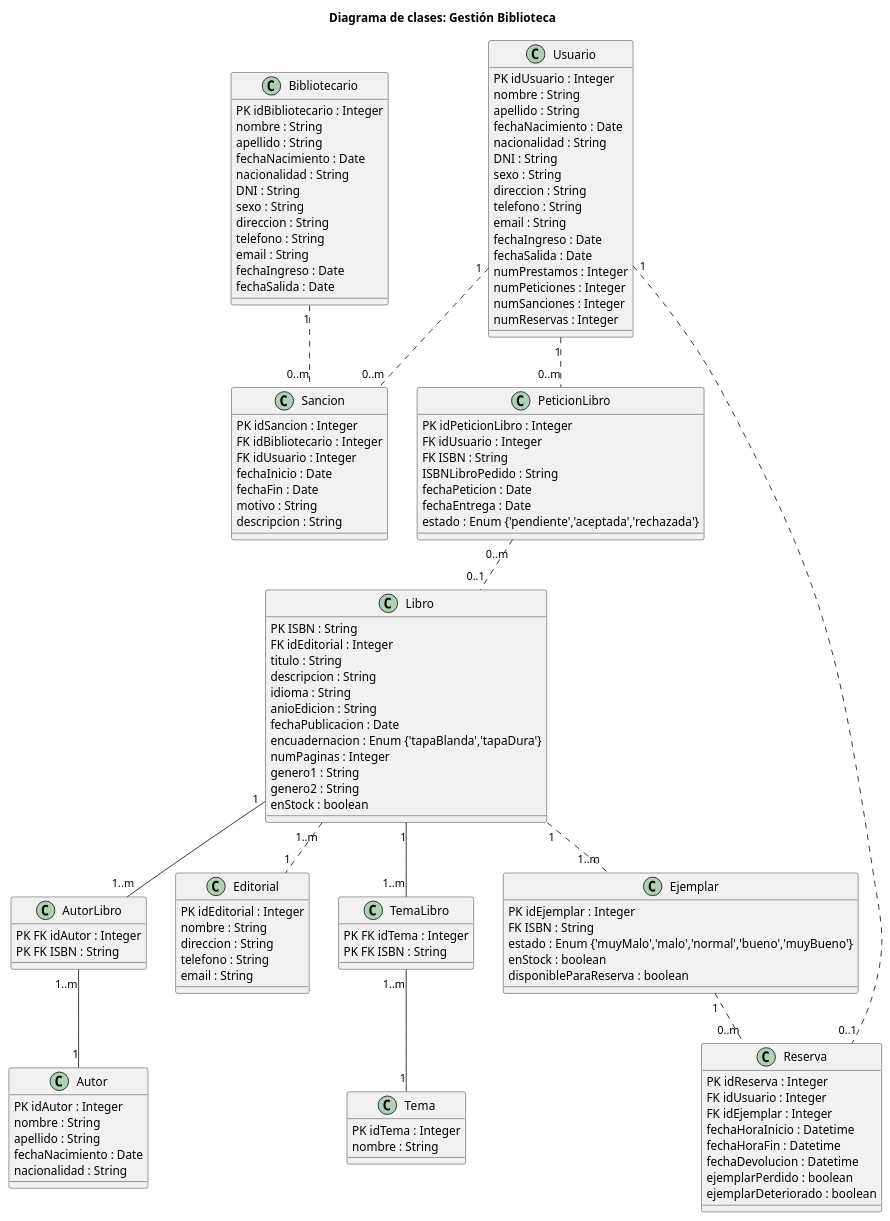
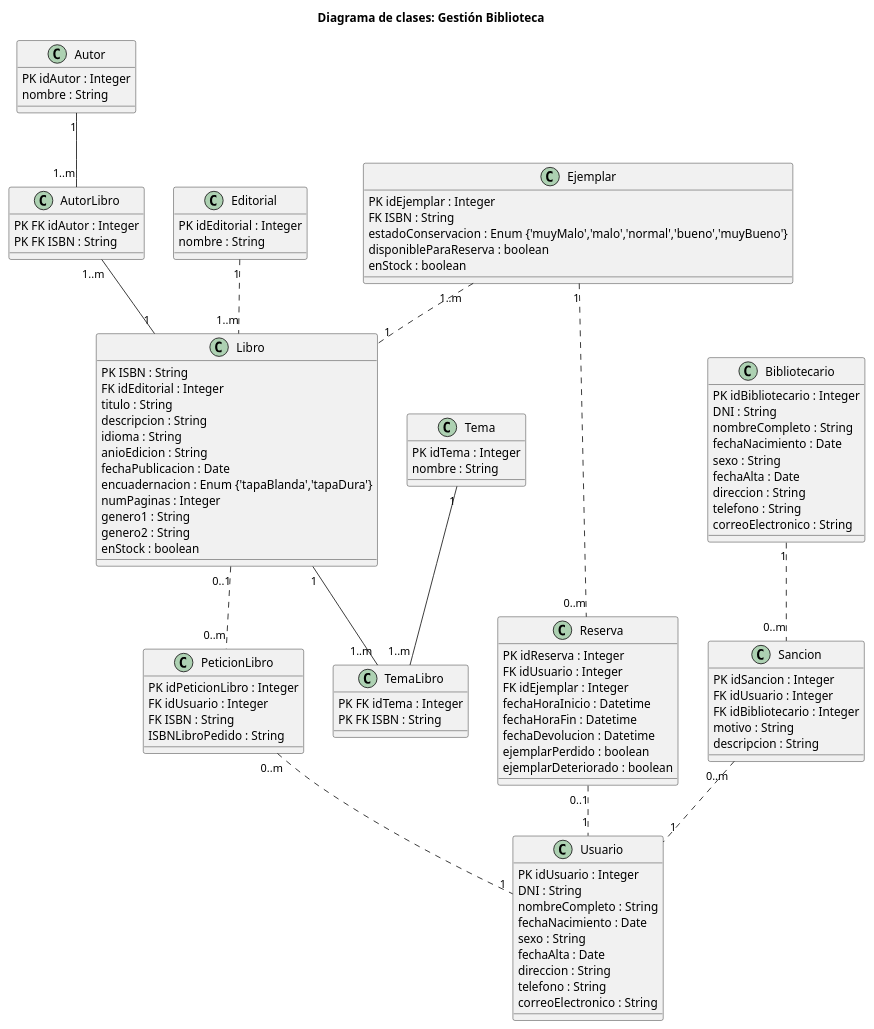
Before and after one commit to emg842/INRE-UAL-ROJO-2022: the diagram in extras/extras_Grupales/src/DC_gestion_biblioteca.puml, drawn with PlantUML. The commit also changed 1 other file, not shown here.

```diff
--- a/extras/extras_Grupales/src/DC_gestion_biblioteca.puml
+++ b/extras/extras_Grupales/src/DC_gestion_biblioteca.puml
@@ -1,140 +1,119 @@
 @startuml gestion_biblioteca
 
 title Diagrama de clases: Gestión Biblioteca
 
-Class Libro {
- PK ISBN : String
- FK idEditorial : Integer
- titulo : String
- descripcion : String
- idioma : String
- anioEdicion : String
- fechaPublicacion : Date
- encuadernacion : Enum {'tapaBlanda','tapaDura'} 
- numPaginas : Integer
- genero1 : String
- genero2 : String
- enStock : boolean  
-    
+Class Autor {
+    PK idAutor : Integer
+    nombre : String
 }
+
 
 Class AutorLibro {
     PK FK idAutor : Integer
     PK FK ISBN : String
 }
 
-Class Autor {
-    PK idAutor : Integer
-    nombre : String
-    apellido : String
+
+Class Bibliotecario {
+    PK idBibliotecario : Integer
+    DNI : String
+    nombreCompleto : String
     fechaNacimiento : Date
-    nacionalidad : String
+    sexo : String
+    fechaAlta : Date
+    direccion : String
+    telefono : String
+    correoElectronico : String
 }
 
 Class Editorial {
     PK idEditorial : Integer
     nombre : String
-    direccion : String
-    telefono : String
-    email : String
 }
 
-Class TemaLibro {
-    PK FK idTema : Integer
-    PK FK ISBN : String
+Class Ejemplar {
+    PK idEjemplar : Integer
+    FK ISBN : String
+    estadoConservacion : Enum {'muyMalo','malo','normal','bueno','muyBueno'}
+    disponibleParaReserva : boolean
+    enStock : boolean
 }
 
-Class Tema {
-    PK idTema : Integer
-    nombre : String
-}
-
-Class Bibliotecario {
-    PK idBibliotecario : Integer
-    nombre : String
-    apellido : String
-    fechaNacimiento : Date
-    nacionalidad : String
-    DNI : String
-    sexo : String
-    direccion : String
-    telefono : String
-    email : String
-    fechaIngreso : Date
-    fechaSalida : Date
-}
-
-Class Sancion {
-    PK idSancion : Integer
-    FK idBibliotecario : Integer
-    FK idUsuario : Integer
-    fechaInicio : Date
-    fechaFin : Date
-    motivo : String
+Class Libro {
+    PK ISBN : String
+    FK idEditorial : Integer
+    titulo : String
     descripcion : String
+    idioma : String
+    anioEdicion : String
+    fechaPublicacion : Date
+    encuadernacion : Enum {'tapaBlanda','tapaDura'} 
+    numPaginas : Integer
+    genero1 : String
+    genero2 : String
+    enStock : boolean     
 }
 
 Class PeticionLibro {
     PK idPeticionLibro : Integer
     FK idUsuario : Integer
     FK ISBN : String
     ISBNLibroPedido : String
-    fechaPeticion : Date
-    fechaEntrega : Date
-    estado : Enum {'pendiente','aceptada','rechazada'}
     
-}
-
-Class Usuario {
-    PK idUsuario : Integer
-    nombre : String
-    apellido : String
-    fechaNacimiento : Date
-    nacionalidad : String
-    DNI : String
-    sexo : String
-    direccion : String
-    telefono : String
-    email : String
-    fechaIngreso : Date
-    fechaSalida : Date
-    numPrestamos : Integer
-    numPeticiones : Integer
-    numSanciones : Integer
-    numReservas : Integer
-}
-
-Class Ejemplar {
-    PK idEjemplar : Integer
-    FK ISBN : String
-    estado : Enum {'muyMalo','malo','normal','bueno','muyBueno'}
-    enStock : boolean
-    disponibleParaReserva : boolean
 }
 
 Class Reserva {
     PK idReserva : Integer
     FK idUsuario : Integer
     FK idEjemplar : Integer
     fechaHoraInicio : Datetime
     fechaHoraFin : Datetime
     fechaDevolucion : Datetime
     ejemplarPerdido : boolean
-    ejemplarDeteriorado : boolean
-    
+    ejemplarDeteriorado : boolean  
 }
 
-Libro "1" -- "1..m" AutorLibro
+Class Sancion {
+    PK idSancion : Integer
+    FK idUsuario : Integer
+    FK idBibliotecario : Integer
+    motivo : String
+    descripcion : String
+}
+
+Class Tema {
+    PK idTema : Integer
+    nombre : String
+}
+
+Class TemaLibro {
+    PK FK idTema : Integer
+    PK FK ISBN : String
+}
+
+Class Usuario {
+    PK idUsuario : Integer
+    DNI : String
+    nombreCompleto : String
+    fechaNacimiento : Date
+    sexo : String
+    fechaAlta : Date
+    direccion : String
+    telefono : String
+    correoElectronico : String
+}
+
+Autor "1" -- "1..m" AutorLibro
+AutorLibro "1..m" -- "1" Libro
+Bibliotecario "1" .. "0..m" Sancion
+Editorial "1" .. "1..m" Libro
+Ejemplar "1..m" .. "1" Libro
+Ejemplar "1" .. "0..m" Reserva
+Libro "0..1" .. "0..m" PeticionLibro
 Libro "1" -- "1..m" TemaLibro
-Libro "1" .. "1..m" Ejemplar
-Libro "1..m" .. "1" Editorial
-AutorLibro "1..m" -- "1" Autor
-TemaLibro "1..m" -- "1" Tema
-Bibliotecario "1" .. "0..m" Sancion
-PeticionLibro "0..m" .. "0..1" Libro
-Usuario "1" .. "0..m" Sancion
-Usuario "1" .. "0..m" PeticionLibro
-Usuario "1" .. "0..1" Reserva
-Ejemplar "1" .. "0..m" Reserva
+PeticionLibro "0..m" .. "1" Usuario
+Reserva "0..1" .. "1" Usuario
+Sancion "0..m" .. "1" Usuario
+Tema "1" -- "1..m" TemaLibro
 
 @enduml
```
